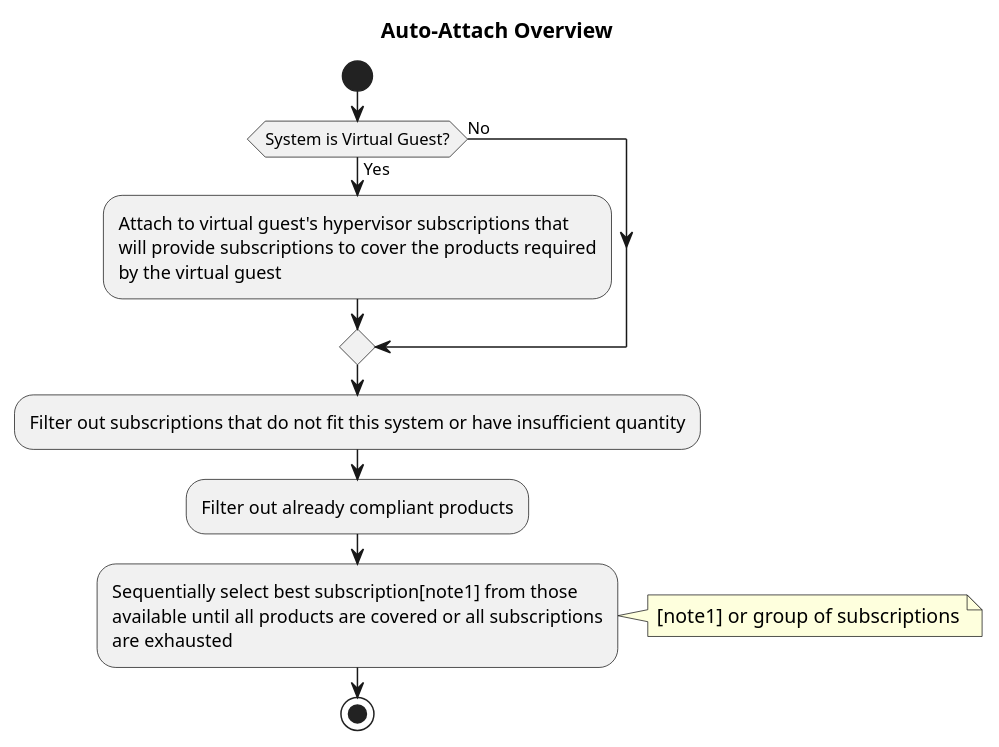
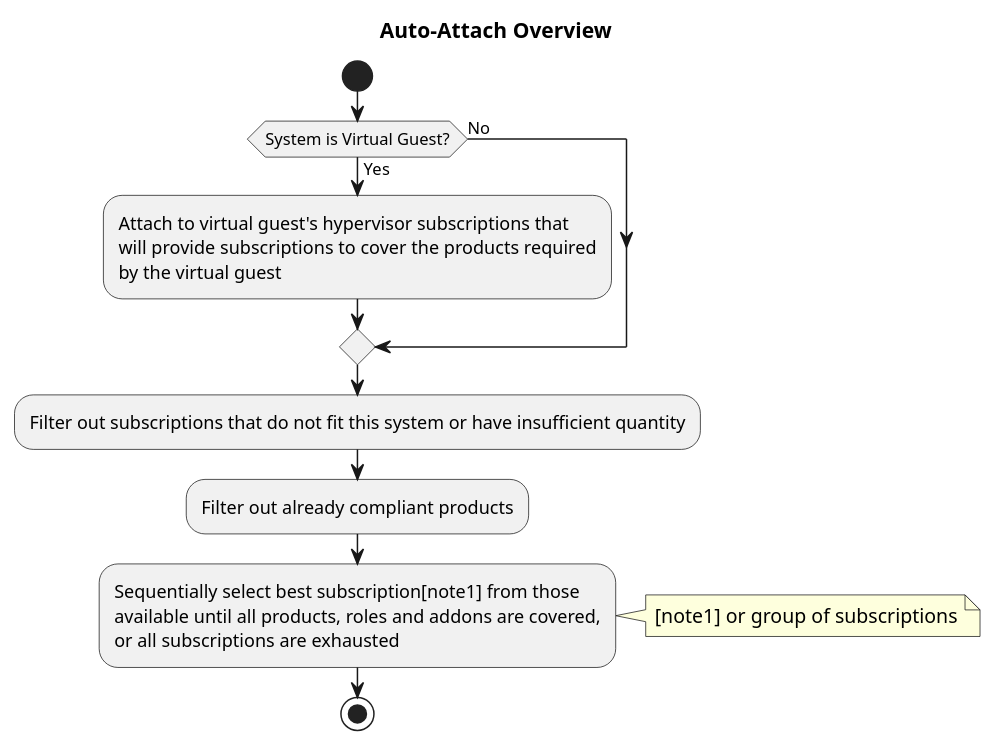
One commit to candlepin/candlepin.github.io changed the first of 5 diagrams in docs/candlepin/autoattach.md. Above: the diagram before and after it, drawn with PlantUML. The commit also changed other lines of this file, not shown here.

```diff
--- a/docs/candlepin/autoattach.md
+++ b/docs/candlepin/autoattach.md
@@ -18,23 +18,23 @@
 {% plantuml %}
 title Auto-Attach Overview
 
 start
 
 if (System is Virtual Guest?) then (Yes)
   :Attach to virtual guest's hypervisor subscriptions that
   will provide subscriptions to cover the products required
   by the virtual guest;
 else (No)
 endif
 
 :Filter out subscriptions that do not fit this system or have insufficient quantity;
 
 :Filter out already compliant products;
 
 :Sequentially select best subscription[note1] from those
-available until all products are covered or all subscriptions
-are exhausted;
+available until all products, roles and addons are covered,
+or all subscriptions are exhausted;
 note right: [note1] or group of subscriptions
 
 stop
 {% endplantuml %}
```
